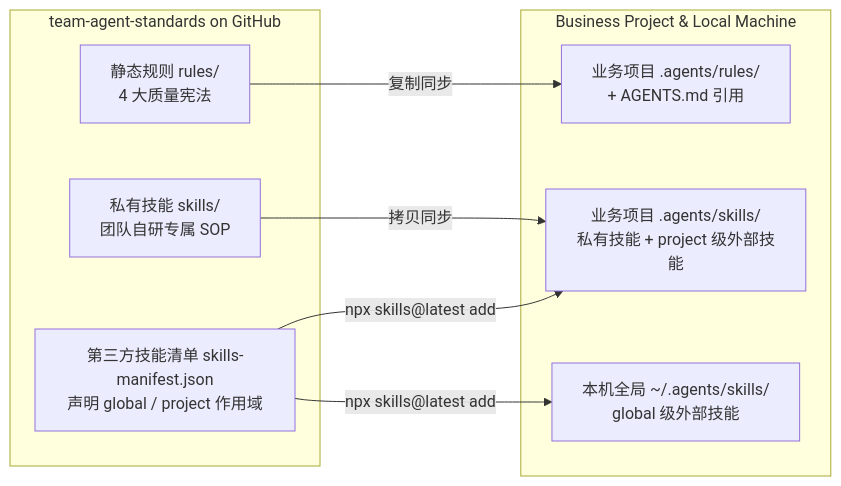
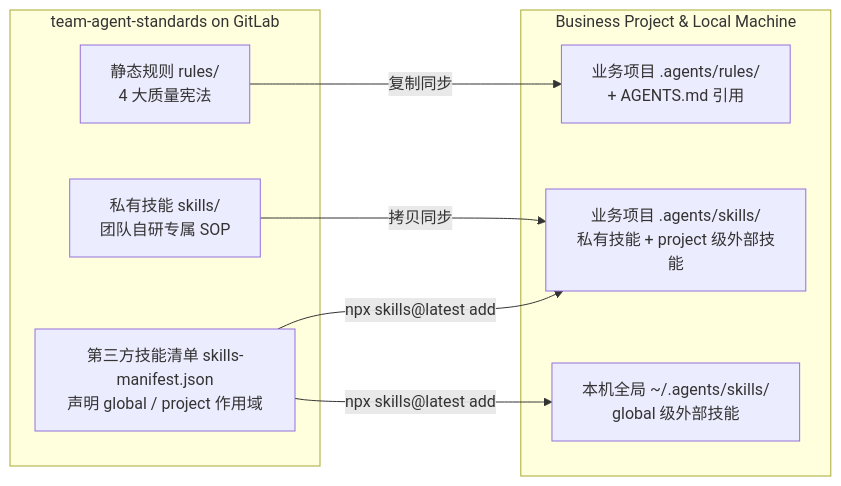
One commit to morrain/team-agent-standards changed the diagram in README.md. Above: the diagram before and after it, drawn with Mermaid. The commit also changed other lines of this file, not shown here.

````diff
--- a/README.md
+++ b/README.md
@@ -16,19 +16,19 @@
 ```mermaid
 graph LR
-    subgraph 团队规范仓库 [team-agent-standards on GitHub]
+    subgraph 团队规范仓库 [team-agent-standards on GitLab]
         R["静态规则 rules/<br>4 大质量宪法"]
         M["第三方技能清单 skills-manifest.json<br>声明 global / project 作用域"]
         P["私有技能 skills/<br>团队自研专属 SOP"]
     end
 
     subgraph 目标环境 [Business Project & Local Machine]
         PR["业务项目 .agents/rules/<br>+ AGENTS.md 引用"]
         PS["业务项目 .agents/skills/<br>私有技能 + project 级外部技能"]
         GS["本机全局 ~/.agents/skills/<br>global 级外部技能"]
     end
 
     R -->|复制同步| PR
     P -->|拷贝同步| PS
     M -->|npx skills@latest add| GS
     M -->|npx skills@latest add| PS
 ```
````
